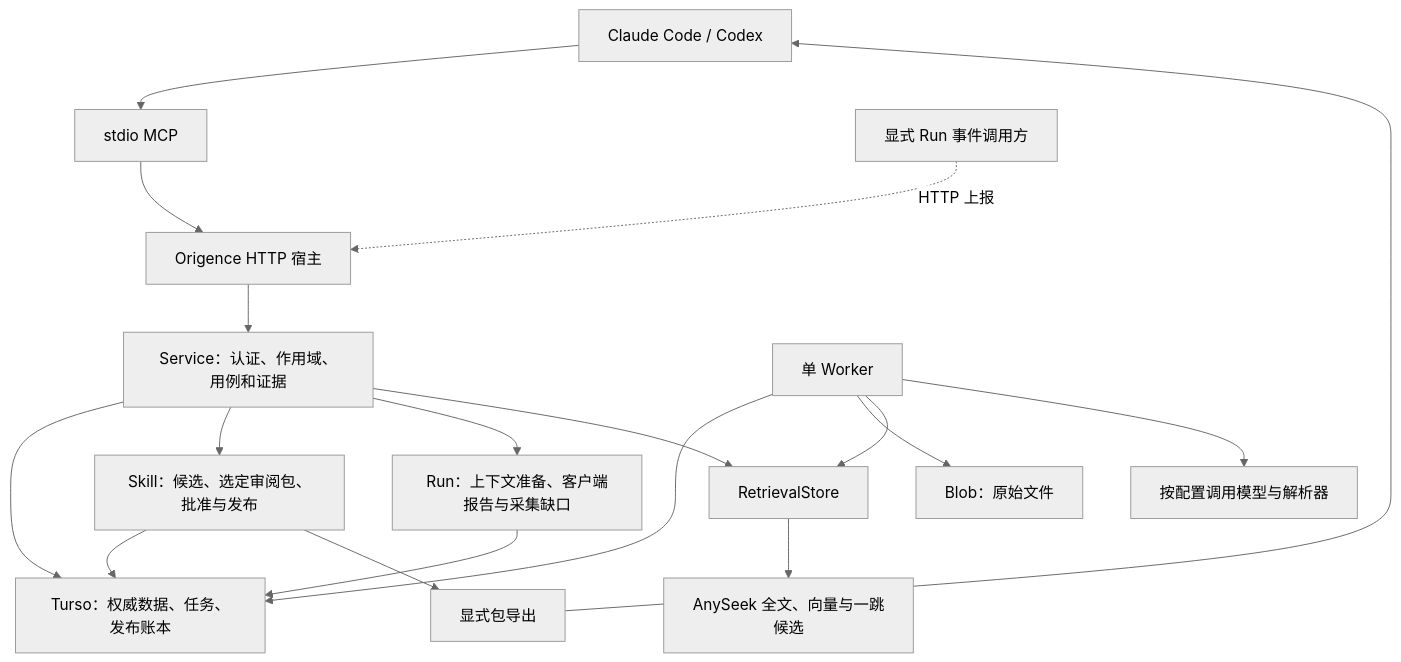
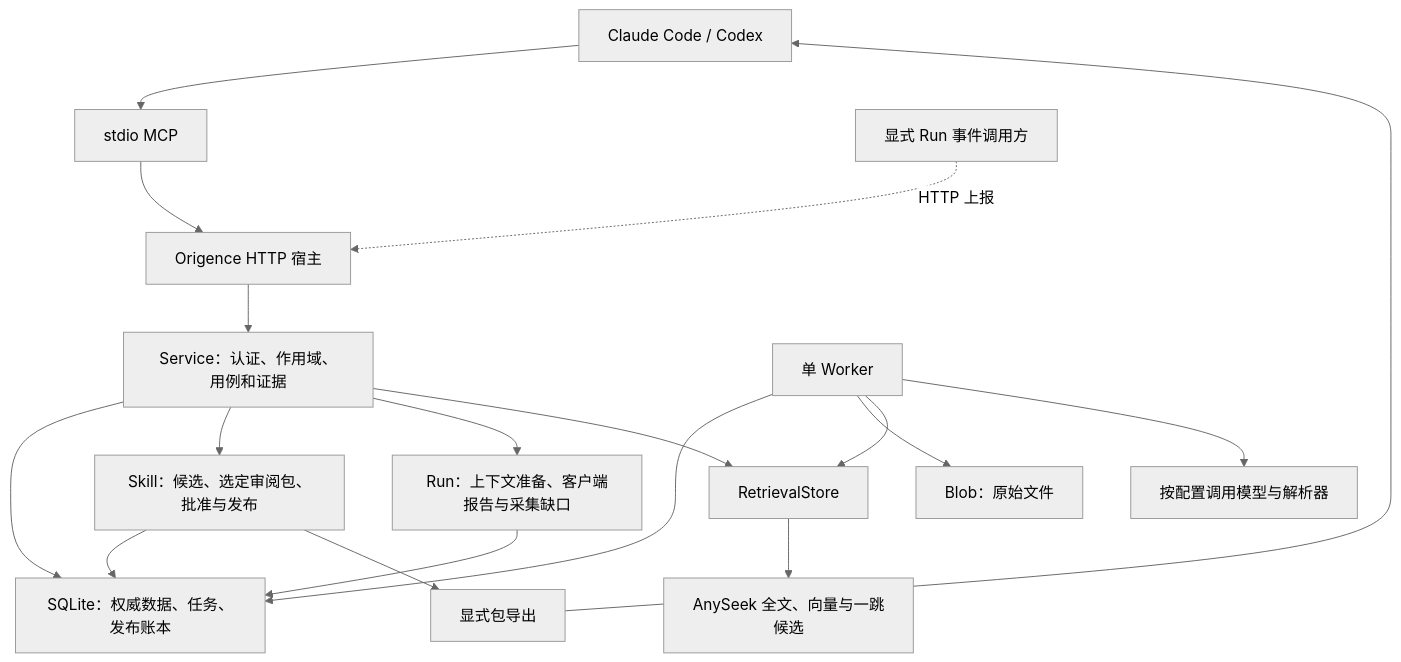
Before and after one commit to TheLudlows/Origence: the diagram in docs/design/current-implementation.md, drawn with Mermaid (neutral theme). The commit also changed other lines of this file and 96 other files, not shown here.

Commit message:
refactor(storage): replace Turso with bundled SQLite and trim metadata

````diff
--- a/docs/design/current-implementation.md
+++ b/docs/design/current-implementation.md
@@ -18,20 +18,20 @@
 ```mermaid
 flowchart TD
     C[Claude Code / Codex] --> M[stdio MCP]
     M --> H[Origence HTTP 宿主]
     H --> S[Service：认证、作用域、用例和证据]
-    S --> A[Turso：权威数据、任务、发布账本]
+    S --> A[SQLite：权威数据、任务、发布账本]
     S --> K[Skill：候选、选定审阅包、批准与发布]
     K --> A
     K --> E[显式包导出]
     E --> C
     S --> O[Run：上下文准备、客户端报告与采集缺口]
     O --> A
     X[显式 Run 事件调用方] -. HTTP 上报 .-> H
     W[单 Worker] --> A
     W --> B[Blob：原始文件]
     W --> R[RetrievalStore]
     S --> R
     R --> F[AnySeek 全文、向量与一跳候选]
     W --> P[按配置调用模型与解析器]
 ```
````
